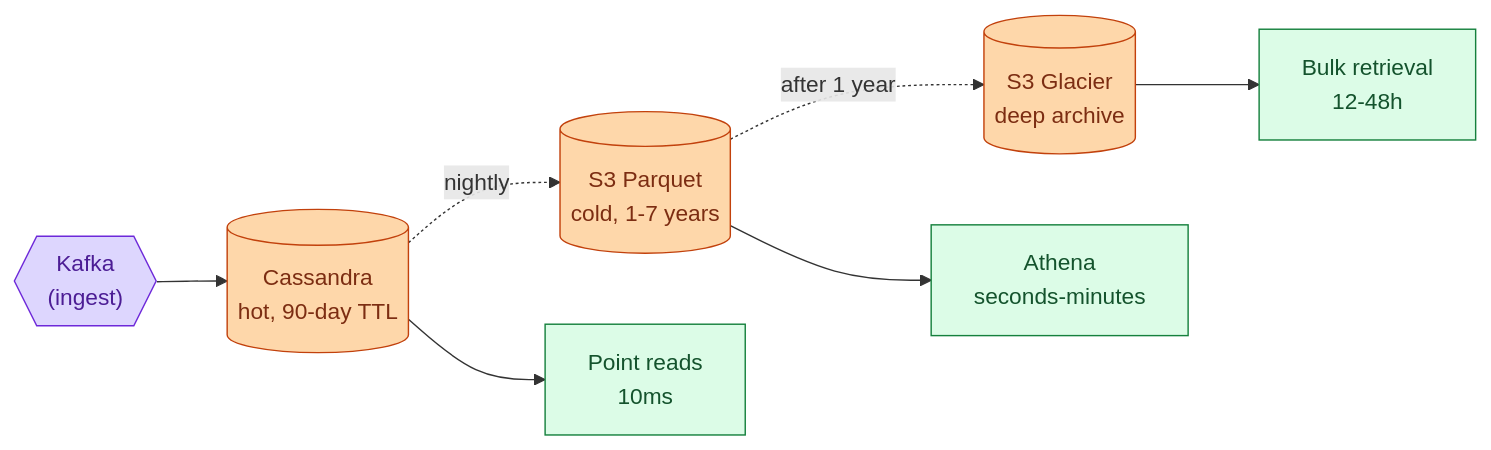
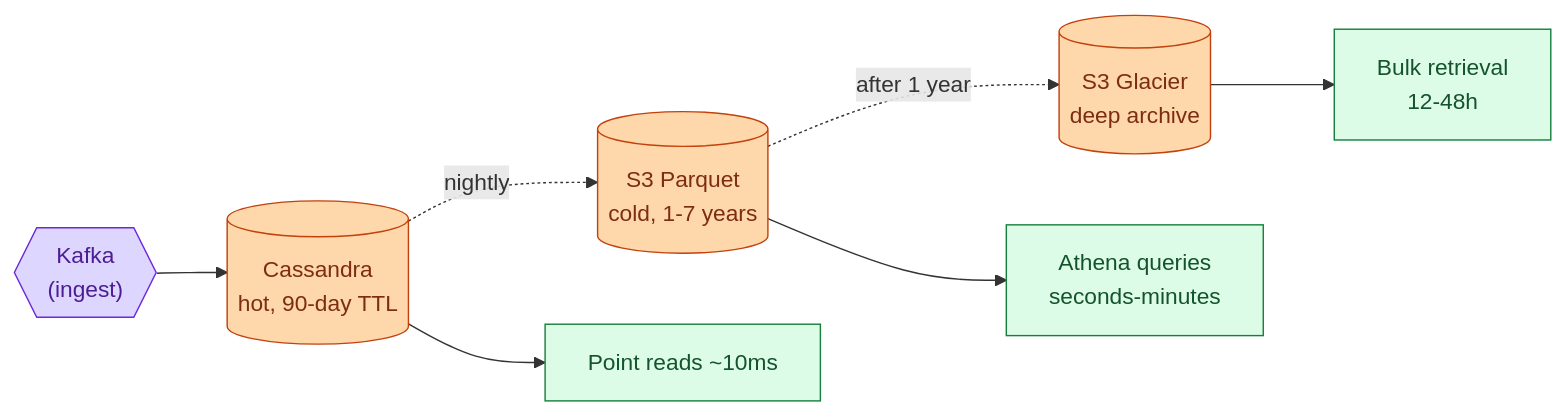
The fifth of 9 diagrams in problems/018-write-heavy-patterns/solution.md (shiningflash/system-design), drawn with Mermaid before and after one commit. The commit also changed other lines of this file and 37 other files, not shown here.

````diff
--- a/problems/018-write-heavy-patterns/solution.md
+++ b/problems/018-write-heavy-patterns/solution.md
@@ -261,13 +248,13 @@
 ```mermaid
 flowchart LR
     K{{"Kafka<br/>(ingest)"}}:::queue --> CS[("Cassandra<br/>hot, 90-day TTL")]:::db
     CS -.nightly.-> S3[("S3 Parquet<br/>cold, 1-7 years")]:::db
     S3 -.after 1 year.-> GL[("S3 Glacier<br/>deep archive")]:::db
-    CS --> Q1["Point reads<br/>10ms"]:::app
-    S3 --> AT["Athena<br/>seconds-minutes"]:::app
+    CS --> Q1["Point reads ~10ms"]:::app
+    S3 --> AT["Athena queries<br/>seconds-minutes"]:::app
     GL --> RC["Bulk retrieval<br/>12-48h"]:::app
 
     classDef db    fill:#fed7aa,stroke:#c2410c,color:#7c2d12
     classDef app   fill:#dcfce7,stroke:#15803d,color:#14532d
     classDef queue fill:#ddd6fe,stroke:#6d28d9,color:#4c1d95
 ```
````
